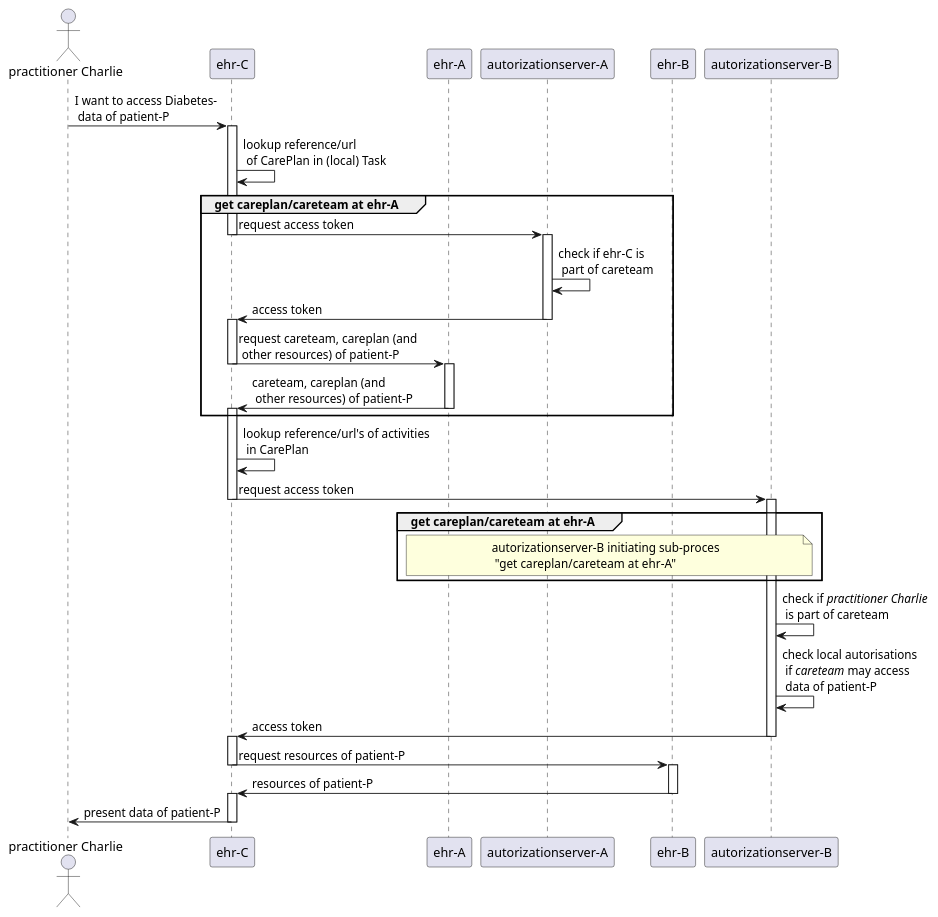
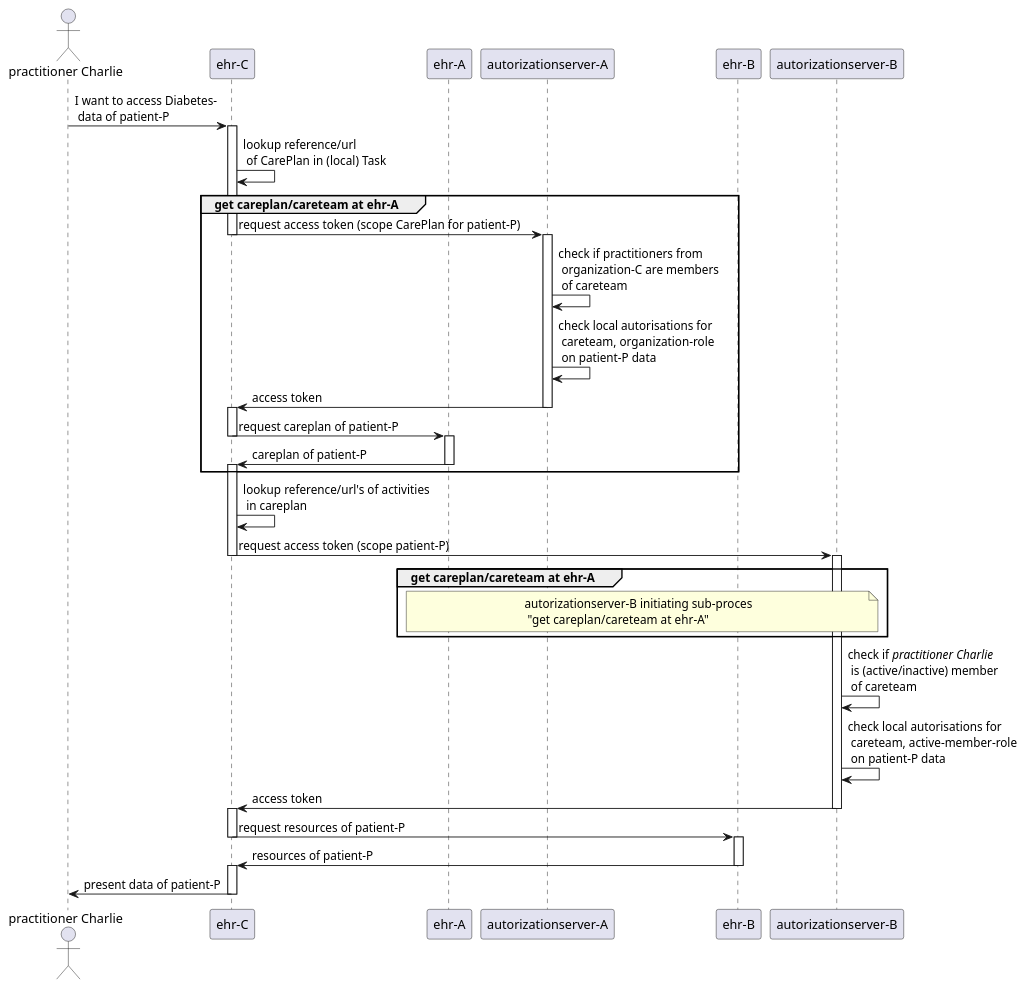
The diagram in input/images-source/example1-retrievingdata.puml (SanteonNL/shared-care-planning), drawn with PlantUML before and after one commit. The commit also changed 1 other file, not shown here.

Commit message:
consistency in local autorization check, added security roles

```diff
--- a/input/images-source/example1-retrievingdata.puml
+++ b/input/images-source/example1-retrievingdata.puml
@@ -1,51 +1,51 @@
 @startuml example1-retrievingdata
 participant "autorizationserver-A" as asa order 40
 participant "autorizationserver-B" as asb order 60
 participant "ehr-A" as ehra order 30
 participant "ehr-B" as ehrb order 50
 participant "ehr-C" as ehrc order 20
 actor "practitioner Charlie" as prc order 10
 
 prc -> ehrc : I want to access Diabetes-\n data of patient-P
 activate ehrc
 ehrc -> ehrc : lookup reference/url\n of CarePlan in (local) Task
 
 
 group get careplan/careteam at ehr-A
-    ehrc -> asa : request access token
+    ehrc -> asa : request access token (scope CarePlan for patient-P)
     deactivate ehrc
     activate asa
-    asa -> asa : check if ehr-C is\n part of careteam
-    
+    asa -> asa : check if practitioners from\n organization-C are members\n of careteam
+    asa -> asa : check local autorisations for\n careteam, organization-role\n on patient-P data
     asa -> ehrc : access token
     deactivate asa
     activate ehrc
-    ehrc -> ehra : request careteam, careplan (and\n other resources) of patient-P
+    ehrc -> ehra : request careplan of patient-P
     deactivate ehrc
     activate ehra
-    ehra -> ehrc : careteam, careplan (and\n other resources) of patient-P
+    ehra -> ehrc : careplan of patient-P
     deactivate ehra
     activate ehrc
 end
 
-ehrc -> ehrc : lookup reference/url's of activities\n in CarePlan
-ehrc -> asb : request access token
+ehrc -> ehrc : lookup reference/url's of activities\n in careplan
+ehrc -> asb : request access token (scope patient-P)
 deactivate ehrc
 activate asb
 group  get careplan/careteam at ehr-A
     note over asb, ehra : autorizationserver-B initiating sub-proces\n "get careplan/careteam at ehr-A"
 end
-asb -> asb : check if //practitioner Charlie//\n is part of careteam
-asb -> asb : check local autorisations\n if //careteam// may access\n data of patient-P
+asb -> asb : check if //practitioner Charlie//\n is (active/inactive) member\n of careteam
+asb -> asb : check local autorisations for\n careteam, active-member-role\n on patient-P data
 asb -> ehrc : access token
 deactivate asb
 activate ehrc
 ehrc -> ehrb : request resources of patient-P
 deactivate ehrc
 activate ehrb
 ehrb -> ehrc : resources of patient-P
 deactivate ehrb
 activate ehrc
 ehrc -> prc : present data of patient-P
 deactivate ehrc
 @enduml
```
